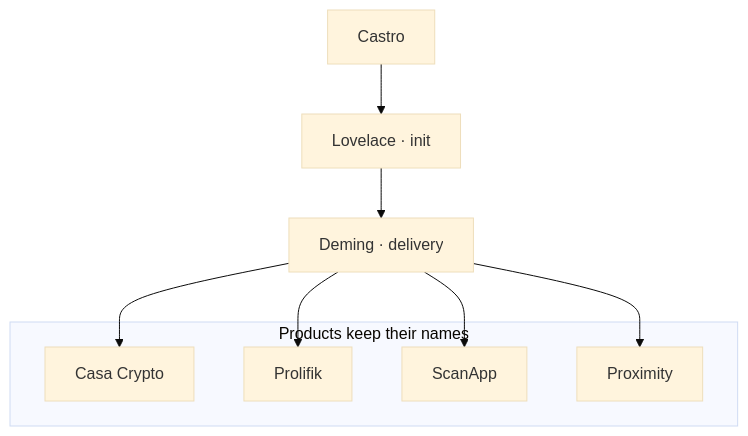
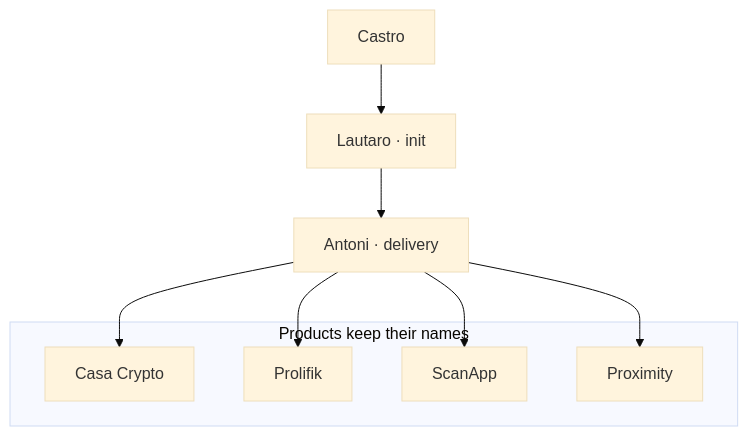
One commit to cashtro/cashtro changed the diagram in canvases/agentic-os-plan.md. Above: the diagram before and after it, drawn with Mermaid (base theme). The commit also changed other lines of this file and 9 other files, not shown here.

````diff
--- a/canvases/agentic-os-plan.md
+++ b/canvases/agentic-os-plan.md
@@ -7,18 +8,18 @@
 ```mermaid
 flowchart TB
   Castro[Castro]
-  Lovelace[Lovelace · init]
-  Deming[Deming · delivery]
+  Lautaro[Lautaro · init]
+  Antoni[Antoni · delivery]
   subgraph products [Products keep their names]
     CasaCrypto[Casa Crypto]
     Prolifik[Prolifik]
     ScanApp[ScanApp]
     Proximity[Proximity]
   end
-  Castro --> Lovelace
-  Lovelace --> Deming
-  Deming --> CasaCrypto
-  Deming --> Prolifik
-  Deming --> ScanApp
-  Deming --> Proximity
+  Castro --> Lautaro
+  Lautaro --> Antoni
+  Antoni --> CasaCrypto
+  Antoni --> Prolifik
+  Antoni --> ScanApp
+  Antoni --> Proximity
 ```
````
